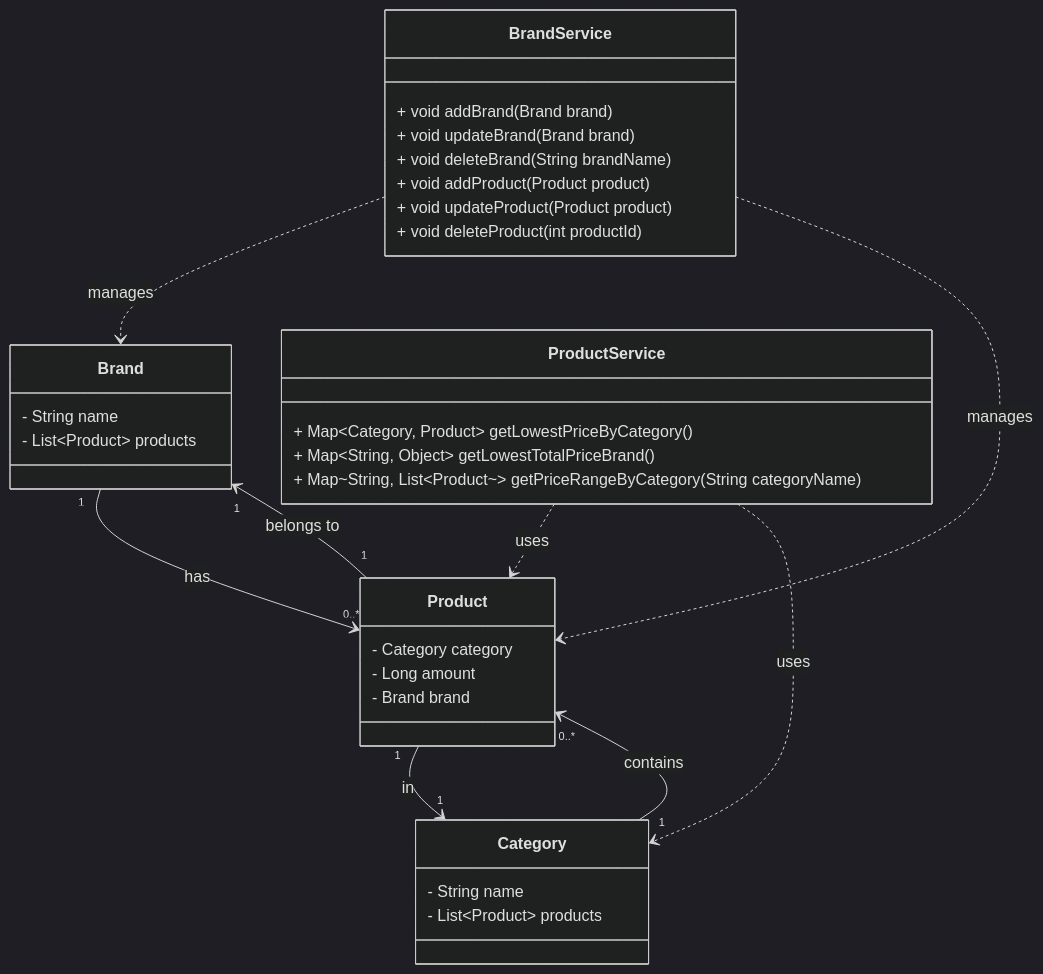
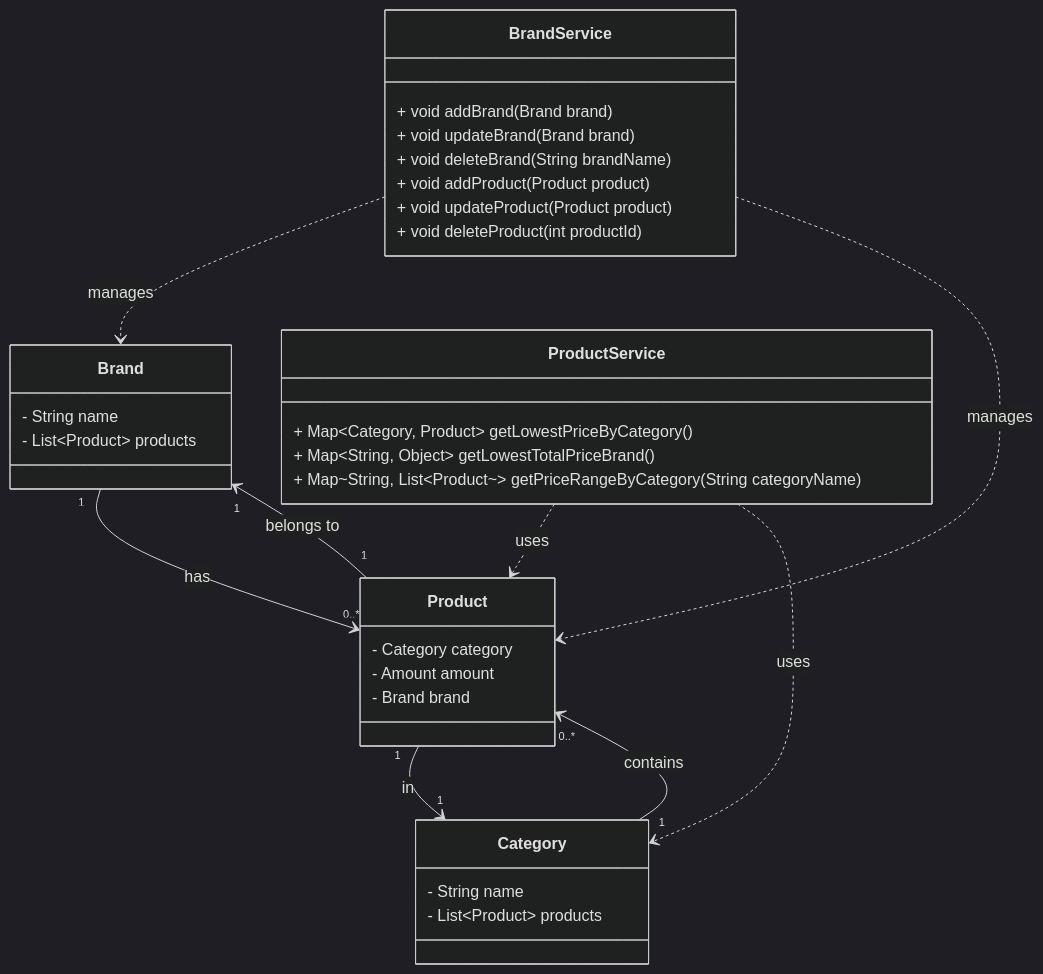
One commit to joeswe0/coordination changed the diagram in uml.mermaid. Above: the diagram before and after it, drawn with Mermaid (dark theme). The commit also changed 5 other files, not shown here.

```diff
--- a/uml.mermaid
+++ b/uml.mermaid
@@ -1,42 +1,42 @@
 classDiagram
     class Brand {
         - String name
         - List~Product~ products
     }
 
     class Product {
         - Category category
-        - Long amount
+        - Amount amount
         - Brand brand
     }
 
     class Category {
         - String name
         - List~Product~ products
     }
 
     class ProductService {
         + Map~Category, Product~ getLowestPriceByCategory()
         + Map~String, Object~ getLowestTotalPriceBrand()
         + Map~String, List~Product~~ getPriceRangeByCategory(String categoryName)
     }
 
     class BrandService {
         + void addBrand(Brand brand)
         + void updateBrand(Brand brand)
         + void deleteBrand(String brandName)
         + void addProduct(Product product)
         + void updateProduct(Product product)
         + void deleteProduct(int productId)
     }
 
 %% 관계 설정
     Brand "1" --> "0..*" Product : has
     Category "1" --> "0..*" Product : contains
     Product "1" --> "1" Brand : belongs to
     Product "1" --> "1" Category : in
 
     ProductService ..> Product : uses
     ProductService ..> Category : uses
     BrandService ..> Brand : manages
     BrandService ..> Product : manages
```
